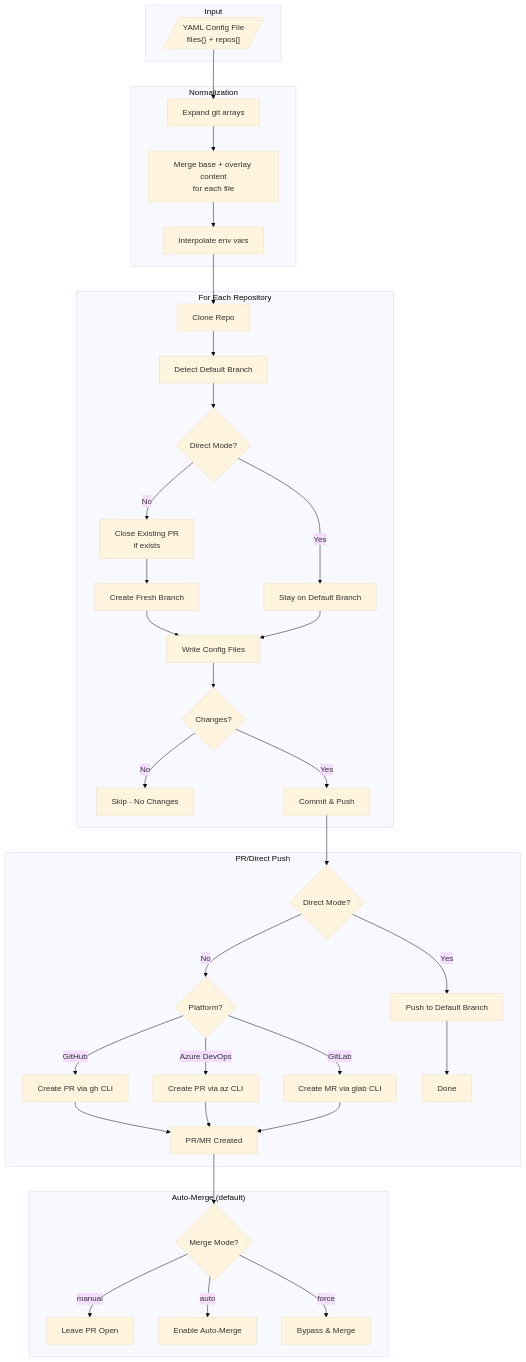
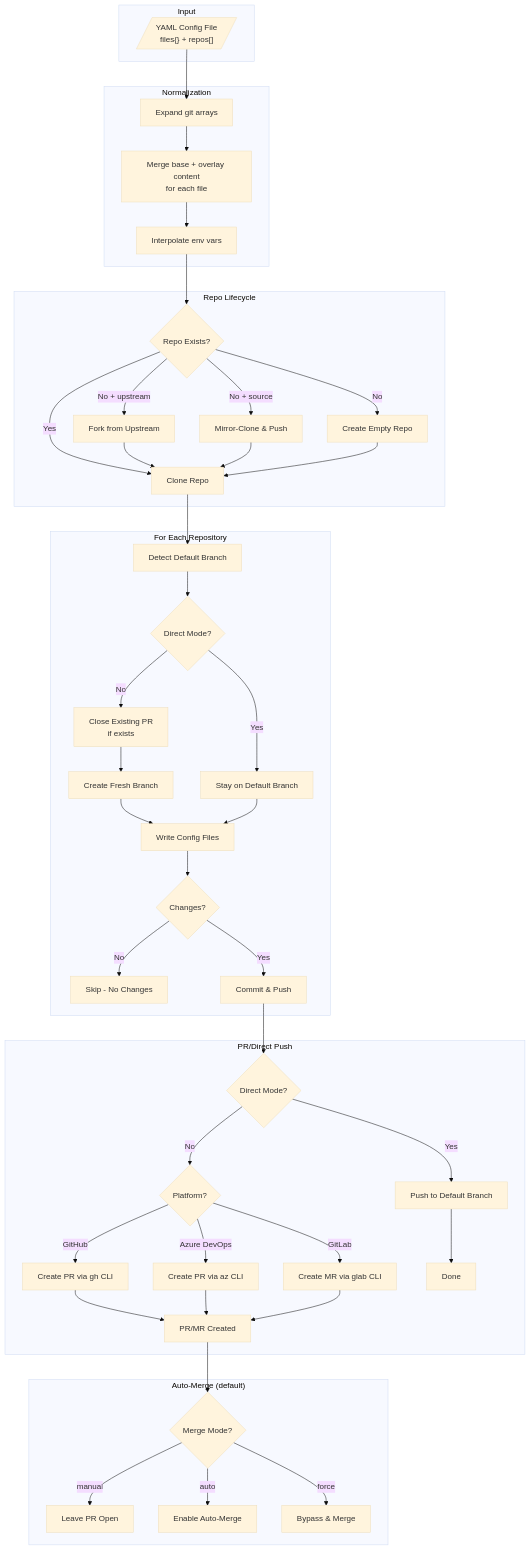
One commit to anthony-spruyt/xfg changed the first of 2 diagrams in docs/index.md. Above: the diagram before and after it, drawn with Mermaid (base theme). The commit also changed other lines of this file and 5 other files, not shown here.

````diff
--- a/docs/index.md
+++ b/docs/index.md
@@ -112,47 +220,58 @@
 ```mermaid
 flowchart TB
     subgraph Input
         YAML[/"YAML Config File<br/>files{} + repos[]"/]
     end
 
     subgraph Normalization
         EXPAND[Expand git arrays] --> MERGE[Merge base + overlay content<br/>for each file]
         MERGE --> ENV[Interpolate env vars]
+    end
+
+    subgraph Lifecycle["Repo Lifecycle"]
+        EXIST{Repo Exists?}
+        EXIST -->|Yes| CLONE
+        EXIST -->|No + upstream| FORK[Fork from Upstream]
+        EXIST -->|No + source| MIGRATE[Mirror-Clone & Push]
+        EXIST -->|No| CREATE[Create Empty Repo]
+        FORK --> CLONE
+        MIGRATE --> CLONE
+        CREATE --> CLONE
     end
 
     subgraph Processing["For Each Repository"]
         CLONE[Clone Repo] --> DETECT_BRANCH[Detect Default Branch]
         DETECT_BRANCH --> MODE_CHECK{Direct Mode?}
         MODE_CHECK -->|No| CLOSE_PR[Close Existing PR<br/>if exists]
         CLOSE_PR --> BRANCH[Create Fresh Branch]
         MODE_CHECK -->|Yes| STAY[Stay on Default Branch]
         BRANCH --> WRITE[Write Config Files]
         STAY --> WRITE
         WRITE --> CHECK{Changes?}
         CHECK -->|No| SKIP[Skip - No Changes]
         CHECK -->|Yes| COMMIT[Commit & Push]
     end
 
     subgraph Platform["PR/Direct Push"]
         COMMIT --> DIRECT_CHECK{Direct Mode?}
         DIRECT_CHECK -->|Yes| DIRECT_PUSH[Push to Default Branch]
         DIRECT_CHECK -->|No| PR_DETECT{Platform?}
         PR_DETECT -->|GitHub| GH_PR[Create PR via gh CLI]
         PR_DETECT -->|Azure DevOps| AZ_PR[Create PR via az CLI]
         PR_DETECT -->|GitLab| GL_PR[Create MR via glab CLI]
         GH_PR --> PR_CREATED[PR/MR Created]
         AZ_PR --> PR_CREATED
         GL_PR --> PR_CREATED
         DIRECT_PUSH --> DONE[Done]
     end
 
     subgraph AutoMerge["Auto-Merge (default)"]
         PR_CREATED --> MERGE_MODE{Merge Mode?}
         MERGE_MODE -->|manual| OPEN[Leave PR Open]
         MERGE_MODE -->|auto| AUTO[Enable Auto-Merge]
         MERGE_MODE -->|force| FORCE[Bypass & Merge]
     end
 
     YAML --> EXPAND
-    ENV --> CLONE
+    ENV --> EXIST
 ```
````
